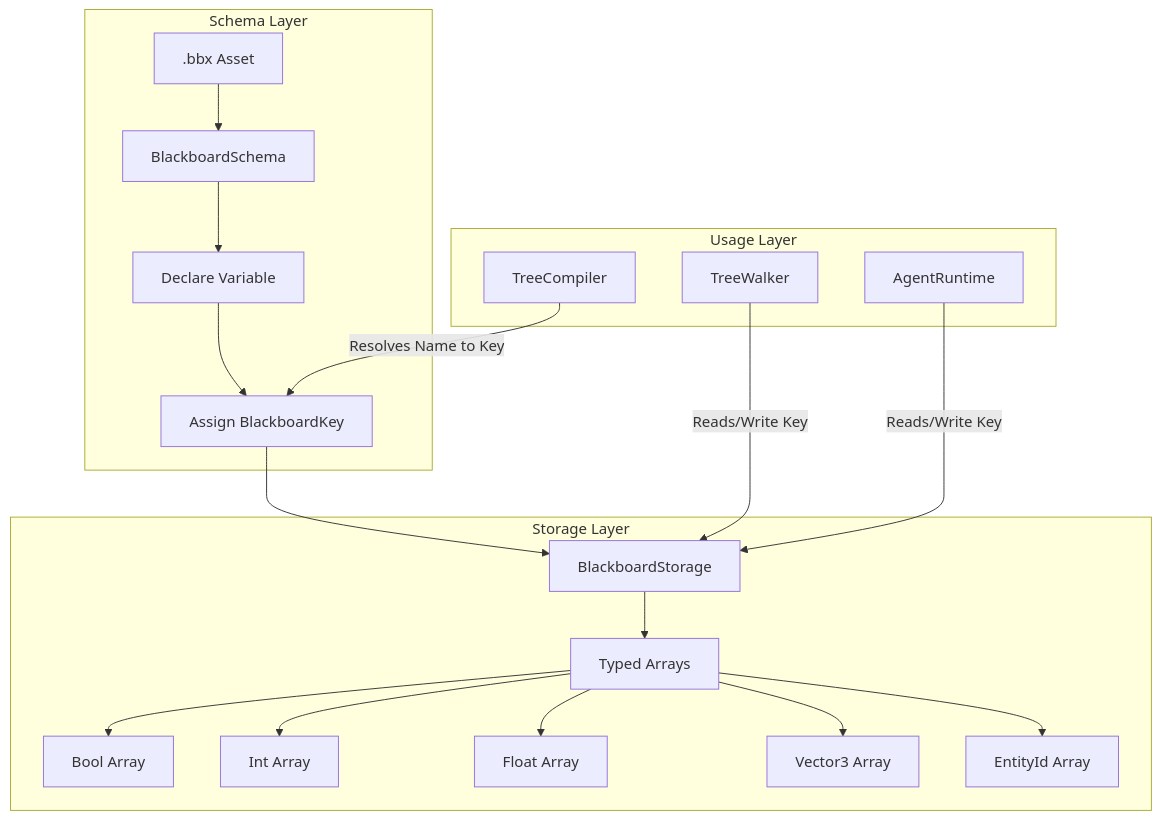
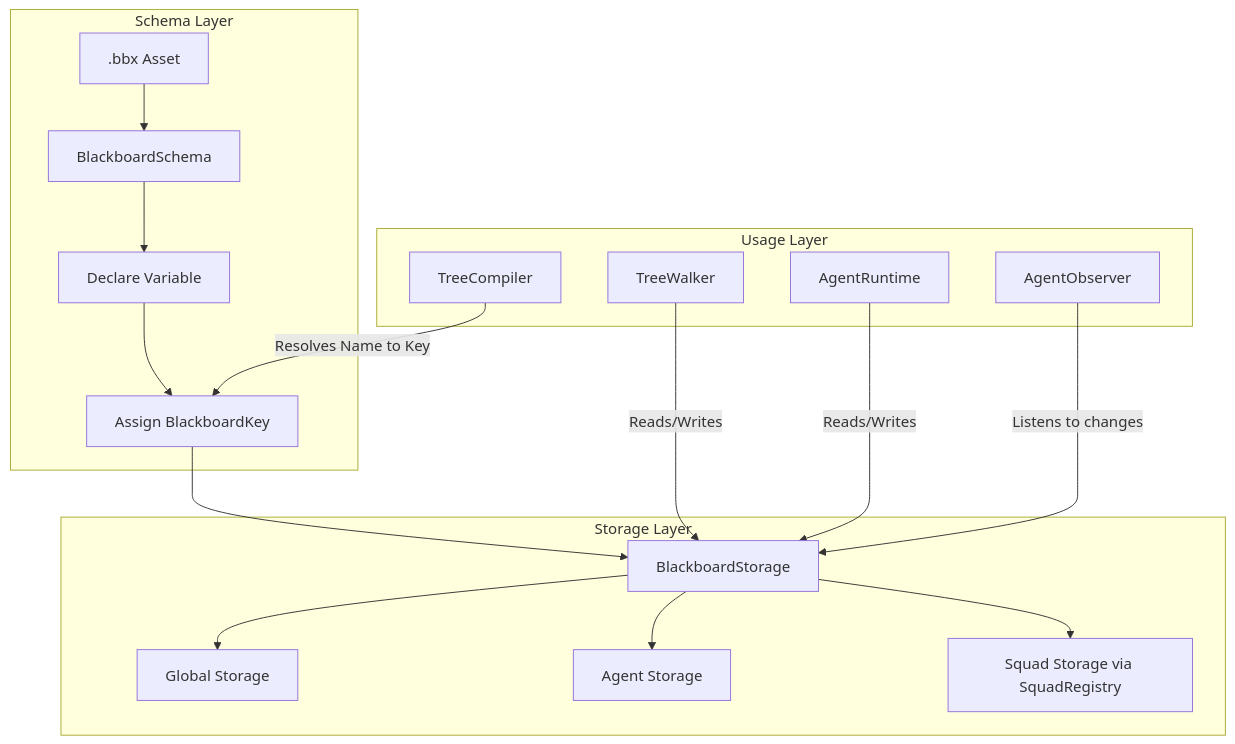
The diagram in Docs/01 - Architecture/Blackboard System.md (jabbadablack/G.O.A.T), drawn with Mermaid before and after one commit. The commit also changed other lines of this file and 82 other files, not shown here.

````diff
--- a/Docs/01 - Architecture/Blackboard System.md
+++ b/Docs/01 - Architecture/Blackboard System.md
@@ -29,24 +28,22 @@
 ```mermaid
 graph TD
     subgraph Schema[Schema Layer]
         A[.bbx Asset] --> B[BlackboardSchema]
         B --> C[Declare Variable]
         C --> D[Assign BlackboardKey]
     end
 
     subgraph Storage[Storage Layer]
         D --> E[BlackboardStorage]
-        E --> F[Typed Arrays]
-        F --> G[Bool Array]
-        F --> H[Int Array]
-        F --> I[Float Array]
-        F --> J[Vector3 Array]
-        F --> K[EntityId Array]
+        E --> F[Global Storage]
+        E --> G[Agent Storage]
+        E --> H[Squad Storage via SquadRegistry]
     end
 
     subgraph Usage[Usage Layer]
-        L[TreeCompiler] -->|Resolves Name to Key| D
-        M[TreeWalker] -->|Reads/Write Key| E
-        N[AgentRuntime] -->|Reads/Write Key| E
+        I[TreeCompiler] -->|Resolves Name to Key| D
+        J[TreeWalker] -->|Reads/Writes| E
+        K[AgentRuntime] -->|Reads/Writes| E
+        L[AgentObserver] -->|Listens to changes| E
     end
 ```
````
